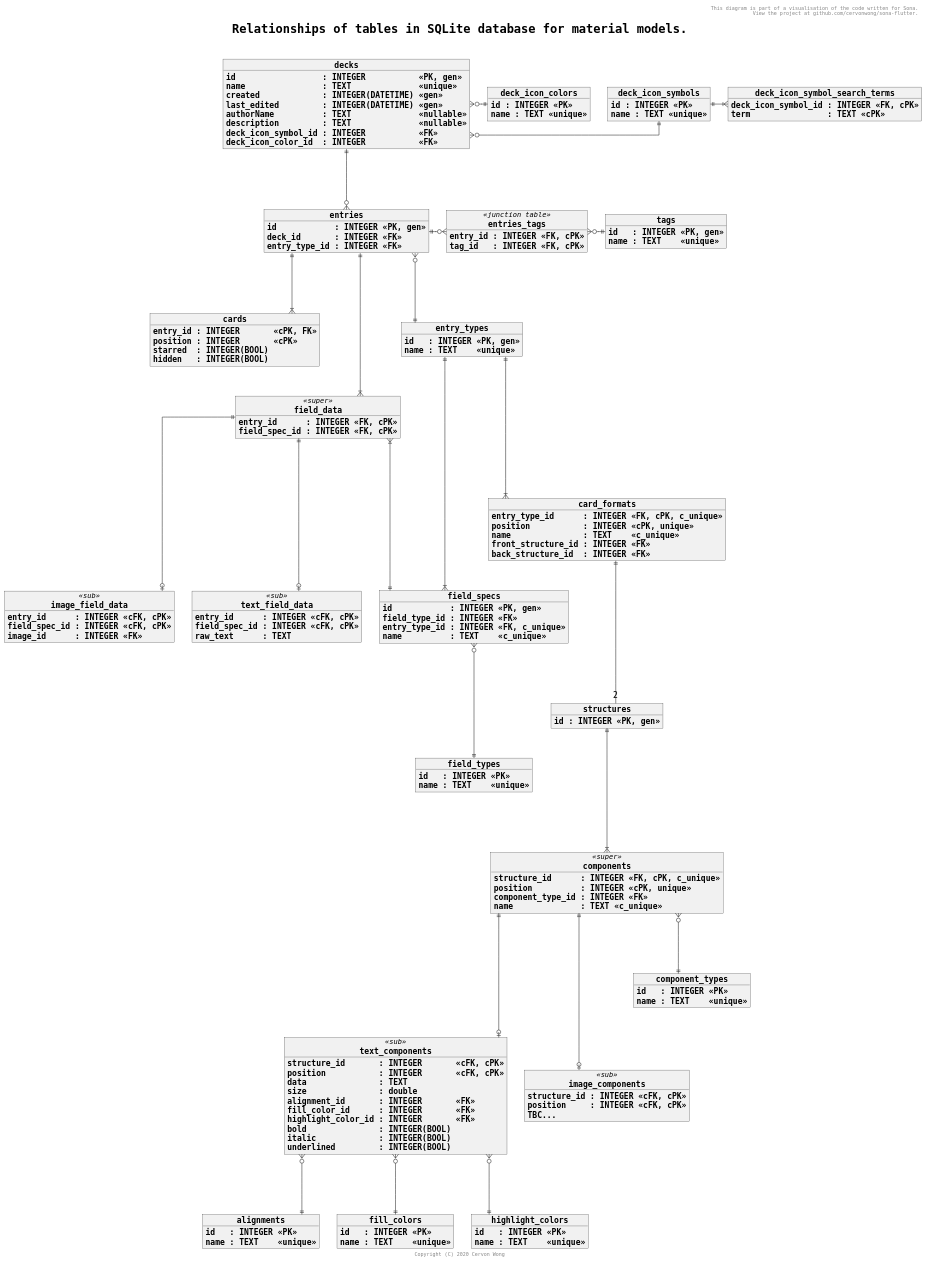
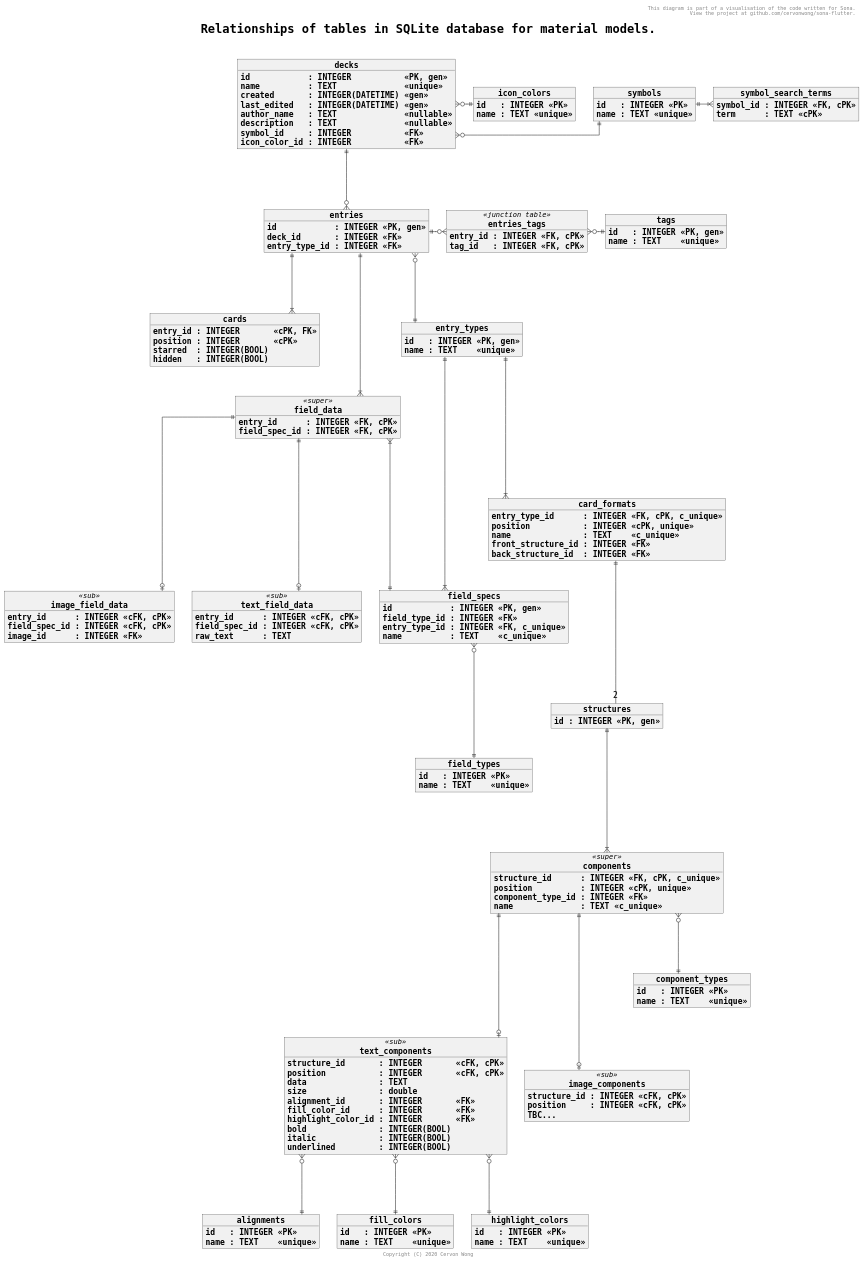
Before and after one commit to cervonwong/sona-flutter: the diagram in puml/material_database.puml, drawn with PlantUML. The commit also changed 1 other file, not shown here.

```diff
--- a/puml/material_database.puml
+++ b/puml/material_database.puml
@@ -1,183 +1,183 @@
 @startuml
 
 skinparam wrapWidth 1000
 skinparam defaultFontName Monospaced
 skinparam defaultFontSize 16
 skinparam objectStereotypeFontSize 14
 skinparam titleFontSize 24
 skinparam titleFontStyle bold
 skinparam objectFontStyle bold
 skinparam linetype ortho
 skinparam shadowing false
 
 header This diagram is part of a visualisation of the code written for Sona.\n View the project at github.com/cervonwong/sona-flutter.
 title Relationships of tables in SQLite database for material models.\n
 footer Copyright (C) 2020 Cervon Wong
 
 object decks {
-	id                  : INTEGER           <<PK, gen>>
-	name                : TEXT              <<unique>>
-	created             : INTEGER(DATETIME) <<gen>>
-	last_edited         : INTEGER(DATETIME) <<gen>>
-	authorName          : TEXT              <<nullable>>
-	description         : TEXT              <<nullable>>
-	deck_icon_symbol_id : INTEGER           <<FK>>
-	deck_icon_color_id  : INTEGER           <<FK>>
+	id            : INTEGER           <<PK, gen>>
+	name          : TEXT              <<unique>>
+	created       : INTEGER(DATETIME) <<gen>>
+	last_edited   : INTEGER(DATETIME) <<gen>>
+	author_name   : TEXT              <<nullable>>
+	description   : TEXT              <<nullable>>
+	symbol_id     : INTEGER           <<FK>>
+	icon_color_id : INTEGER           <<FK>>
 }
 
-object deck_icon_symbols {
-	id : INTEGER <<PK>>
+object symbols {
+	id   : INTEGER <<PK>>
 	name : TEXT <<unique>>
 }
 
-object deck_icon_colors {
-	id : INTEGER <<PK>>
+object icon_colors {
+	id   : INTEGER <<PK>>
 	name : TEXT <<unique>>
 }
 
-object deck_icon_symbol_search_terms {
-	deck_icon_symbol_id : INTEGER <<FK, cPK>>
-	term                : TEXT <<cPK>>
+object symbol_search_terms {
+	symbol_id : INTEGER <<FK, cPK>>
+	term      : TEXT <<cPK>>
 }
 
 object entries {
 	id            : INTEGER <<PK, gen>>
 	deck_id       : INTEGER <<FK>>
 	entry_type_id : INTEGER <<FK>>
 }
 
 object cards {
 	entry_id : INTEGER       <<cPK, FK>>
 	position : INTEGER       <<cPK>>
 	starred  : INTEGER(BOOL)
 	hidden   : INTEGER(BOOL)
 }
 
 object tags {
 	id   : INTEGER <<PK, gen>>
 	name : TEXT    <<unique>>
 }
 
 object entries_tags <<junction table>> {
 	entry_id : INTEGER <<FK, cPK>>
 	tag_id   : INTEGER <<FK, cPK>>
 }
 
 object field_specs {
 	id            : INTEGER <<PK, gen>>
 	field_type_id : INTEGER <<FK>>
 	entry_type_id : INTEGER <<FK, c_unique>>
 	name          : TEXT    <<c_unique>>
 }
 
 object field_types {
 	id   : INTEGER <<PK>>
 	name : TEXT    <<unique>>
 }
 
 object field_data <<super>> {
 	entry_id      : INTEGER <<FK, cPK>>
     field_spec_id : INTEGER <<FK, cPK>>
     ' Get field_type_id from field_specs table.
 }
 
 object text_field_data <<sub>> {
 	entry_id      : INTEGER <<cFK, cPK>>
     field_spec_id : INTEGER <<cFK, cPK>>
 	raw_text      : TEXT
 }
 
 object image_field_data <<sub>> {
 	entry_id      : INTEGER <<cFK, cPK>>
     field_spec_id : INTEGER <<cFK, cPK>>
 	image_id      : INTEGER <<FK>>
 }
 
 object entry_types {
 	id   : INTEGER <<PK, gen>>
 	name : TEXT    <<unique>>
 }
 
 object card_formats {
 	entry_type_id      : INTEGER <<FK, cPK, c_unique>>
 	position           : INTEGER <<cPK, unique>>
 	name               : TEXT    <<c_unique>>
 	front_structure_id : INTEGER <<FK>>
 	back_structure_id  : INTEGER <<FK>>
 }
 
 object structures {
 	id : INTEGER <<PK, gen>>
 }
 
 object components <<super>> {
 	structure_id      : INTEGER <<FK, cPK, c_unique>>
 	position          : INTEGER <<cPK, unique>>
 	component_type_id : INTEGER <<FK>>
 	name              : TEXT <<c_unique>>
 }
 
 object text_components <<sub>> {
 	structure_id       : INTEGER       <<cFK, cPK>>
 	position           : INTEGER       <<cFK, cPK>>
 	data               : TEXT
 	size               : double
 	alignment_id       : INTEGER       <<FK>>
 	fill_color_id      : INTEGER       <<FK>>
 	highlight_color_id : INTEGER       <<FK>>
 	bold               : INTEGER(BOOL)
 	italic             : INTEGER(BOOL)
 	underlined         : INTEGER(BOOL)
 }
 
 object alignments {
 	id   : INTEGER <<PK>>
 	name : TEXT    <<unique>>
 }
 
 object fill_colors {
 	id   : INTEGER <<PK>>
 	name : TEXT    <<unique>>
 }
 
 object highlight_colors {
 	id   : INTEGER <<PK>>
 	name : TEXT    <<unique>>
 }
 
 object image_components <<sub>> {
 	structure_id : INTEGER <<cFK, cPK>>
     position     : INTEGER <<cFK, cPK>>
     TBC...
 }
 
 object component_types {
 	id   : INTEGER <<PK>>
 	name : TEXT    <<unique>>
 }
 
-decks             }o-||      deck_icon_symbols
-decks             }o-||      deck_icon_colors
-deck_icon_symbols ||-|{      deck_icon_symbol_search_terms
+decks             }o-||      symbols
+decks             }o-||      icon_colors
+symbols           ||-|{      symbol_search_terms
 decks             ||---o{    entries
 entries           ||---|{    cards
 entries           ||-o{      entries_tags
 entries_tags      }o-||      tags
 field_specs       }o----||   field_types
 field_data        ||----o|   text_field_data
 field_data        ||----o|   image_field_data
 field_data        }|----||   field_specs
 entries           ||----|{   field_data
 entries           }o---||    entry_types
 entry_types       ||----|{   field_specs
 entry_types       ||----|{   card_formats
 card_formats      ||---- "2" structures
 structures        ||----|{   components
 components        }o---||    component_types
 components        ||----o|   text_components
 components        ||----o|   image_components
 text_components   }o---||    alignments
 text_components   }o---||    fill_colors
 text_components   }o---||    highlight_colors
 
 @enduml
```
